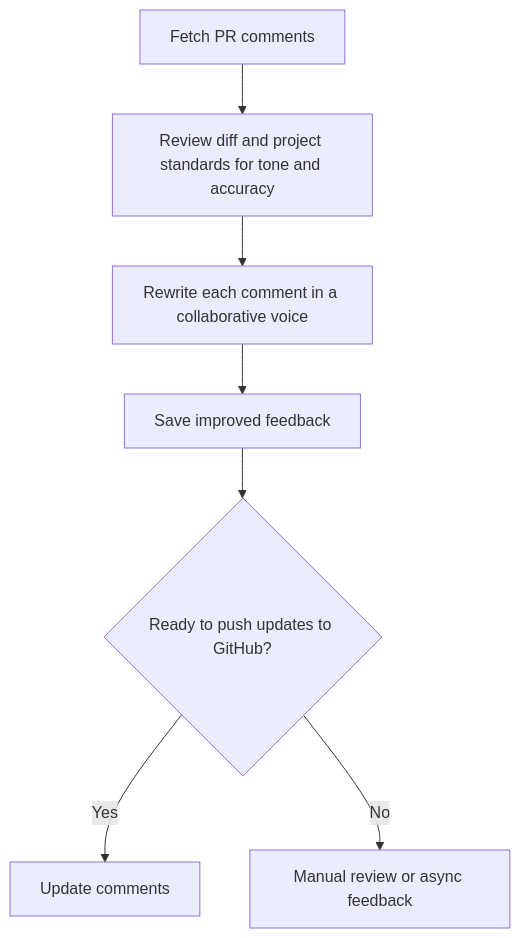
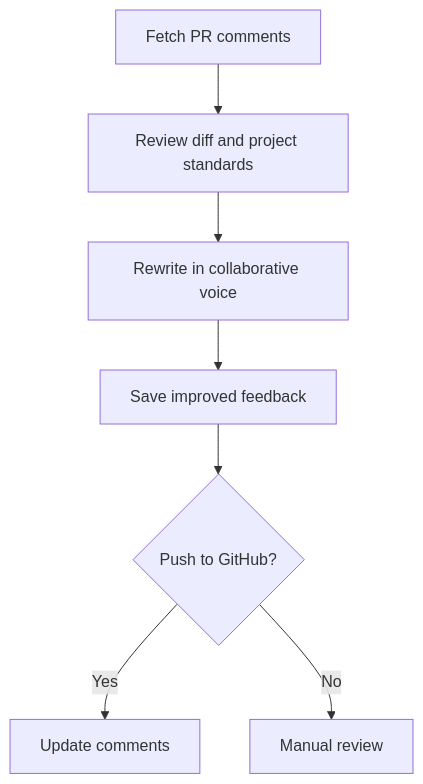
Before and after one commit to mkaczkowski/ai-command-library: the first of 3 diagrams in README.md, drawn with Mermaid. The commit also changed other lines of this file, not shown here.

````diff
--- a/README.md
+++ b/README.md
@@ -282,10 +194,10 @@
 ```mermaid
 flowchart TD
     Fetch[Fetch PR comments]
-    Fetch --> Context[Review diff and project standards for tone and accuracy]
-    Context --> Rewrite[Rewrite each comment in a collaborative voice]
+    Fetch --> Context[Review diff and project standards]
+    Context --> Rewrite[Rewrite in collaborative voice]
     Rewrite --> Output[Save improved feedback]
-    Output --> Decide{Ready to push updates to GitHub?}
+    Output --> Decide{Push to GitHub?}
     Decide -->|Yes| Update[Update comments]
-    Decide -->|No| Share[Manual review or async feedback]
+    Decide -->|No| Share[Manual review]
 ```
````
